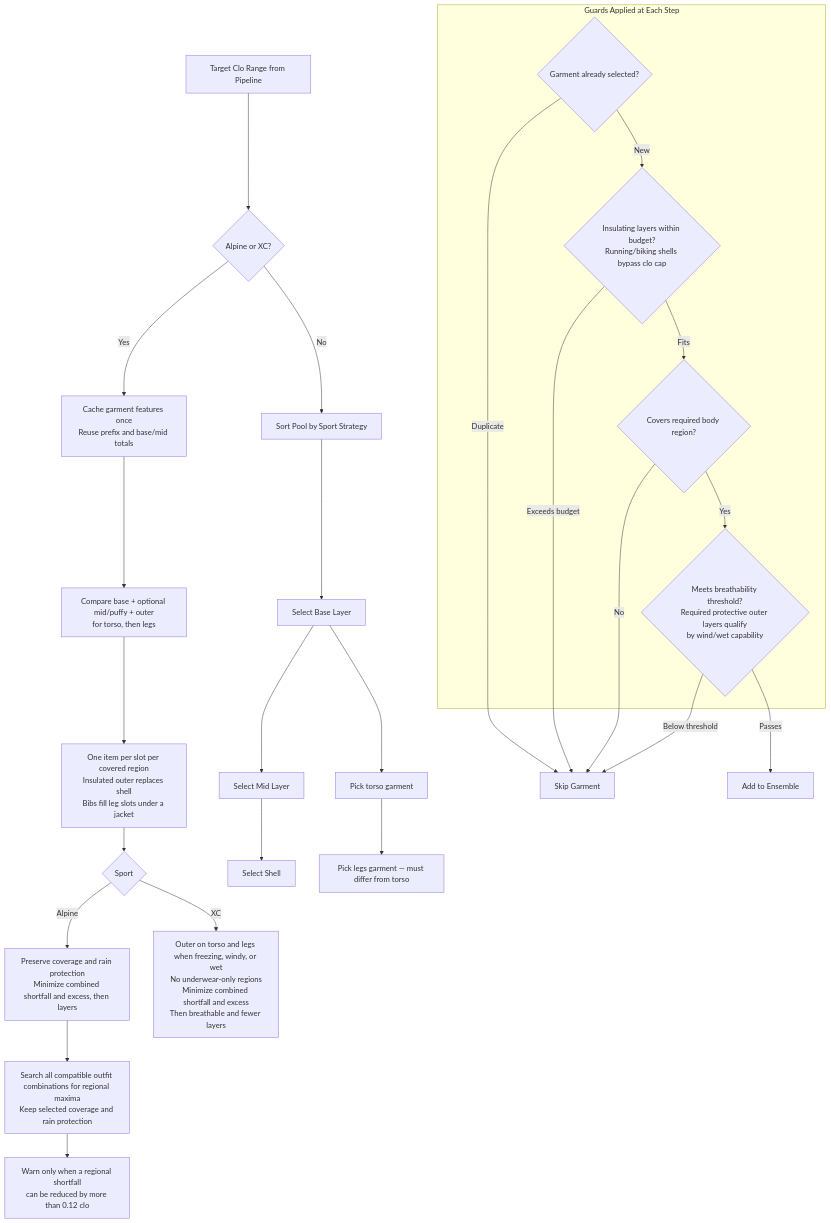
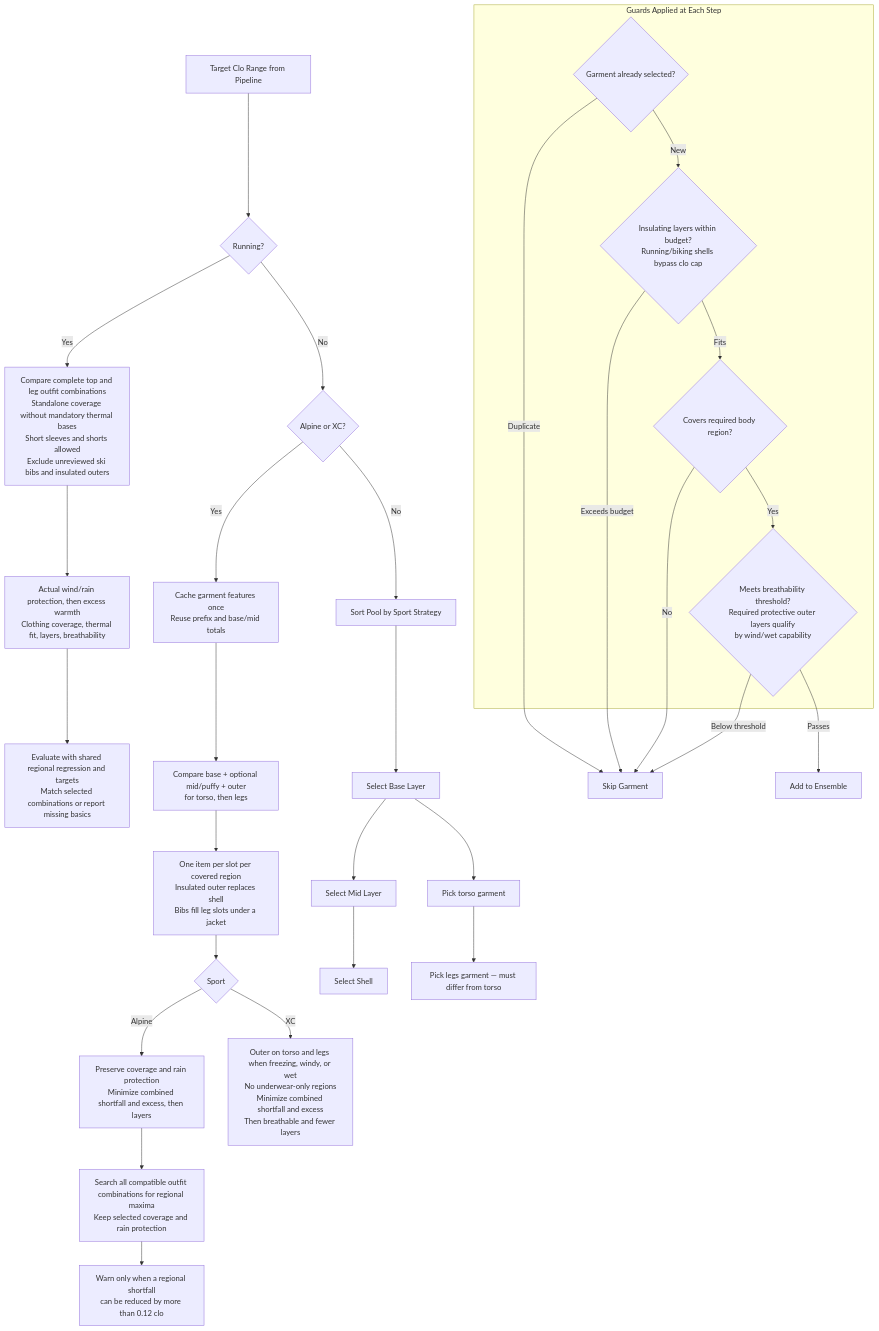
One commit to derobertsw/swttr changed the third of 7 diagrams in README.md. Above: the diagram before and after it, drawn with Mermaid. The commit also changed other lines of this file and 8 other files, not shown here.

First line of the commit message:
Select complete running outfits without mandatory thermal bases (#247)

````diff
--- a/README.md
+++ b/README.md
@@ -137,35 +139,39 @@
 ```mermaid
 graph TD
-    START[Target Clo Range from Pipeline] --> SPORT{Alpine or XC?}
+    START[Target Clo Range from Pipeline] --> RUNNING{Running?}
+    RUNNING -->|Yes| RUNOPT[Compare complete top and leg outfit combinations<br/>Standalone coverage without mandatory thermal bases<br/>Short sleeves and shorts allowed<br/>Exclude unreviewed ski bibs and insulated outers]
+    RUNOPT --> RUNRANK[Actual wind/rain protection, then excess warmth<br/>Clothing coverage, thermal fit, layers, breathability]
+    RUNRANK --> RUNREQ[Evaluate with shared regional regression and targets<br/>Match selected combinations or report missing basics]
+    RUNNING -->|No| SPORT{Alpine or XC?}
     SPORT -->|Yes| CACHE[Cache garment features once<br/>Reuse prefix and base/mid totals]
     CACHE --> COMB[Compare base + optional mid/puffy + outer<br/>for torso, then legs]
     COMB --> CAP[One item per slot per covered region<br/>Insulated outer replaces shell<br/>Bibs fill leg slots under a jacket]
     CAP --> RANK{Sport}
     RANK -->|Alpine| REG[Preserve coverage and rain protection<br/>Minimize combined shortfall and excess, then layers]
     REG --> WARM[Search all compatible outfit combinations for regional maxima<br/>Keep selected coverage and rain protection]
     WARM --> WARN[Warn only when a regional shortfall<br/>can be reduced by more than 0.12 clo]
     RANK -->|XC| XREG[Outer on torso and legs when freezing, windy, or wet<br/>No underwear-only regions<br/>Minimize combined shortfall and excess<br/>Then breathable and fewer layers]
     SPORT -->|No| SORT[Sort Pool by Sport Strategy]
     SORT --> BASE[Select Base Layer]
     BASE --> MID[Select Mid Layer]
     MID --> SHELL[Select Shell]
 
     BASE --> T1[Pick torso garment]
     T1 --> L1[Pick legs garment — must differ from torso]
 
     subgraph "Guards Applied at Each Step"
         G1{Garment already selected?}
         G2{Insulating layers within budget?<br/>Running/biking shells bypass clo cap}
         G3{Covers required body region?}
         G4{Meets breathability threshold?<br/>Required protective outer layers qualify<br/>by wind/wet capability}
     end
 
     G1 -->|Duplicate| SKIP[Skip Garment]
     G1 -->|New| G2
     G2 -->|Exceeds budget| SKIP
     G2 -->|Fits| G3
     G3 -->|No| SKIP
     G3 -->|Yes| G4
     G4 -->|Below threshold| SKIP
     G4 -->|Passes| ADD[Add to Ensemble]
 ```
````
